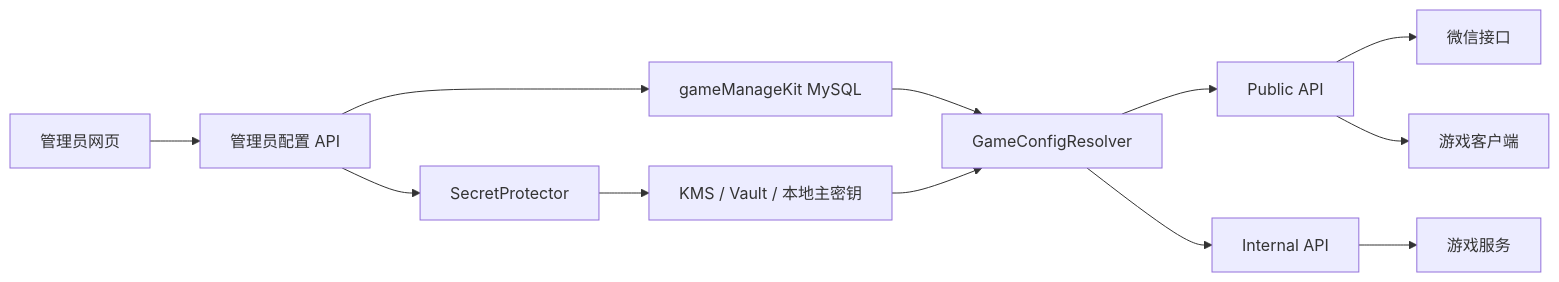
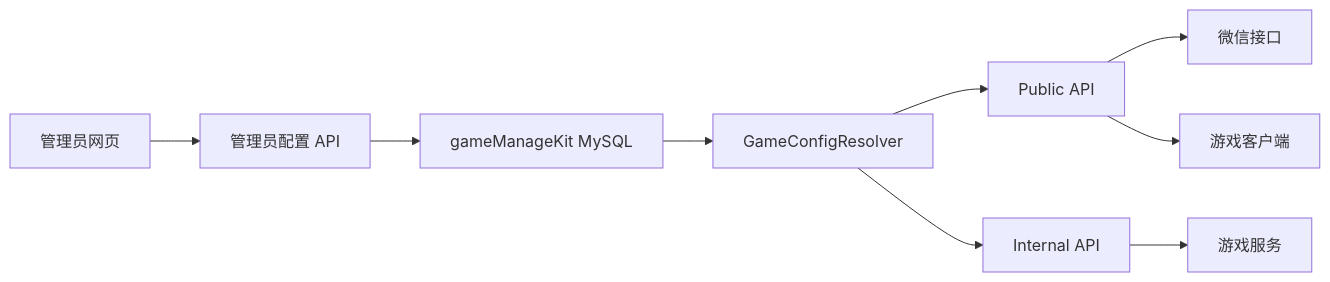
The diagram in web2.md (KimiChen/gameManageKit), drawn with Mermaid before and after one commit. The commit also changed other lines of this file, not shown here.

Commit message:
文档：改为明文存储微信 AppSecret

````diff
--- a/web2.md
+++ b/web2.md
@@ -61,14 +58,11 @@
 ```mermaid
 flowchart LR
     UI["管理员网页"] --> ADMIN["管理员配置 API"]
     ADMIN --> DB["gameManageKit MySQL"]
-    ADMIN --> PROTECTOR["SecretProtector"]
-    PROTECTOR --> KMS["KMS / Vault / 本地主密钥"]
     DB --> RESOLVER["GameConfigResolver"]
-    KMS --> RESOLVER
     RESOLVER --> PUBLIC["Public API"]
     RESOLVER --> INTERNAL["Internal API"]
     PUBLIC --> WX["微信接口"]
     PUBLIC --> CLIENT["游戏客户端"]
     INTERNAL --> GAME["游戏服务"]
 ```
````
